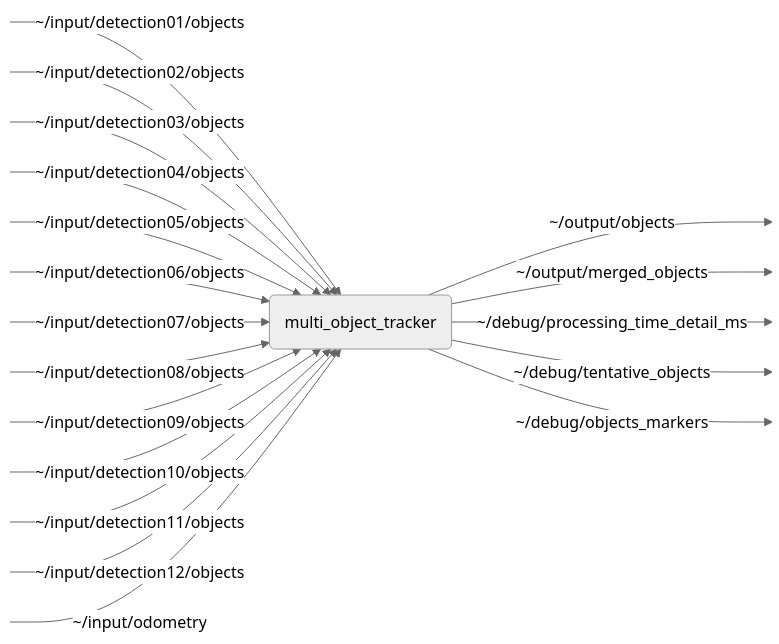
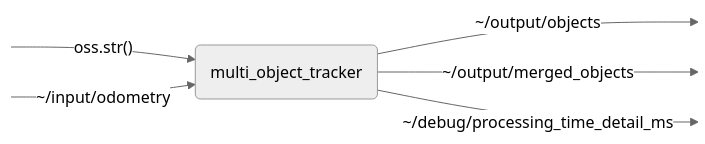
Before and after one commit to thinking-cars/autoware_multi_object_tracker: the diagram in autoware_multi_object_tracker/README.md, drawn with Mermaid (neutral theme). The commit also changed other lines of this file and 3 other files, not shown here.

````diff
--- a/autoware_multi_object_tracker/README.md
+++ b/autoware_multi_object_tracker/README.md
@@ -9,23 +9,10 @@
 ```mermaid
 flowchart LR
     NODE("multi_object_tracker")
-    S0:::hidden -->|~/input/detection01/objects| NODE
-    S1:::hidden -->|~/input/detection02/objects| NODE
-    S2:::hidden -->|~/input/detection03/objects| NODE
-    S3:::hidden -->|~/input/detection04/objects| NODE
-    S4:::hidden -->|~/input/detection05/objects| NODE
-    S5:::hidden -->|~/input/detection06/objects| NODE
-    S6:::hidden -->|~/input/detection07/objects| NODE
-    S7:::hidden -->|~/input/detection08/objects| NODE
-    S8:::hidden -->|~/input/detection09/objects| NODE
-    S9:::hidden -->|~/input/detection10/objects| NODE
-    S10:::hidden -->|~/input/detection11/objects| NODE
-    S11:::hidden -->|~/input/detection12/objects| NODE
-    S12:::hidden -->|~/input/odometry| NODE
+    S0:::hidden -->|"oss.str()"| NODE
+    S1:::hidden -->|~/input/odometry| NODE
     NODE -->|~/output/objects| P0:::hidden
     NODE -->|~/output/merged_objects| P1:::hidden
     NODE -->|~/debug/processing_time_detail_ms| P2:::hidden
-    NODE -->|~/debug/tentative_objects| P3:::hidden
-    NODE -->|~/debug/objects_markers| P4:::hidden
     classDef hidden display: none;
 ```
````
